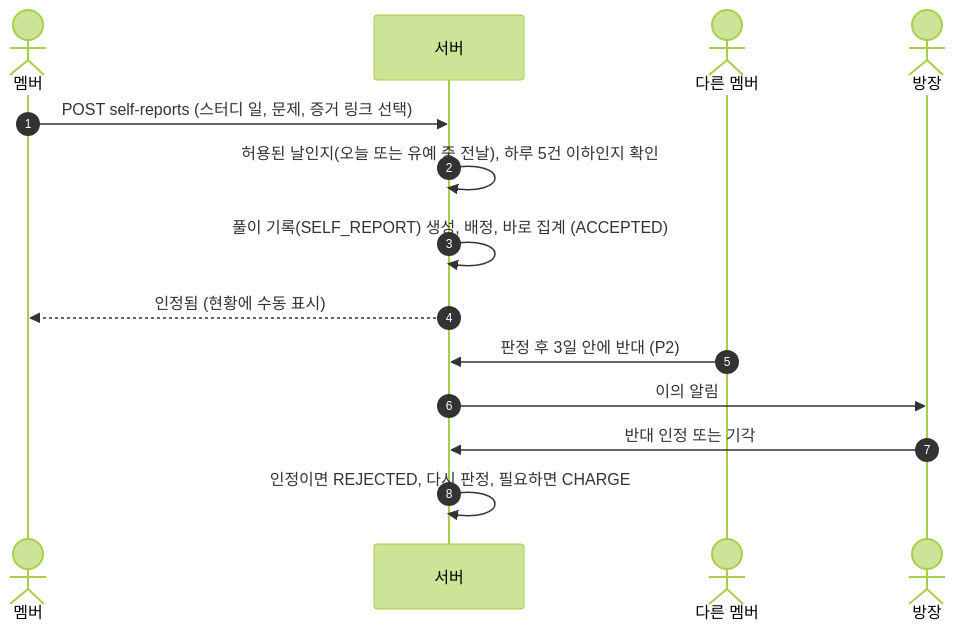
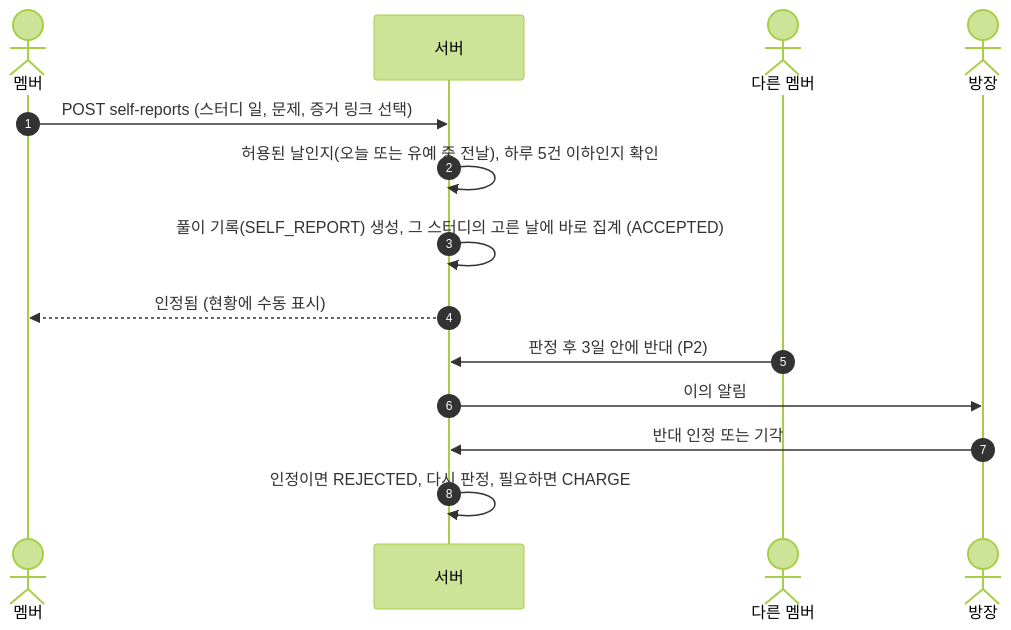
The diagram in docs/spec/processes/5.06-self-report.md (Duskafka/codingtest-harness), drawn with Mermaid (forest theme) before and after one commit. The commit also changed other lines of this file and 3 other files, not shown here.

````diff
--- a/docs/spec/processes/5.06-self-report.md
+++ b/docs/spec/processes/5.06-self-report.md
@@ -5,16 +5,16 @@
 ```mermaid
 sequenceDiagram
     autonumber
     actor M as 멤버
     participant S as 서버
     actor X as 다른 멤버
     actor O as 방장
     M ->> S: POST self-reports (스터디 일, 문제, 증거 링크 선택)
     S ->> S: 허용된 날인지(오늘 또는 유예 중 전날), 하루 5건 이하인지 확인
-    S ->> S: 풀이 기록(SELF_REPORT) 생성, 배정, 바로 집계 (ACCEPTED)
+    S ->> S: 풀이 기록(SELF_REPORT) 생성, 그 스터디의 고른 날에 바로 집계 (ACCEPTED)
     S -->> M: 인정됨 (현황에 수동 표시)
     X ->> S: 판정 후 3일 안에 반대 (P2)
     S ->> O: 이의 알림
     O ->> S: 반대 인정 또는 기각
     S ->> S: 인정이면 REJECTED, 다시 판정, 필요하면 CHARGE
 ```
````
